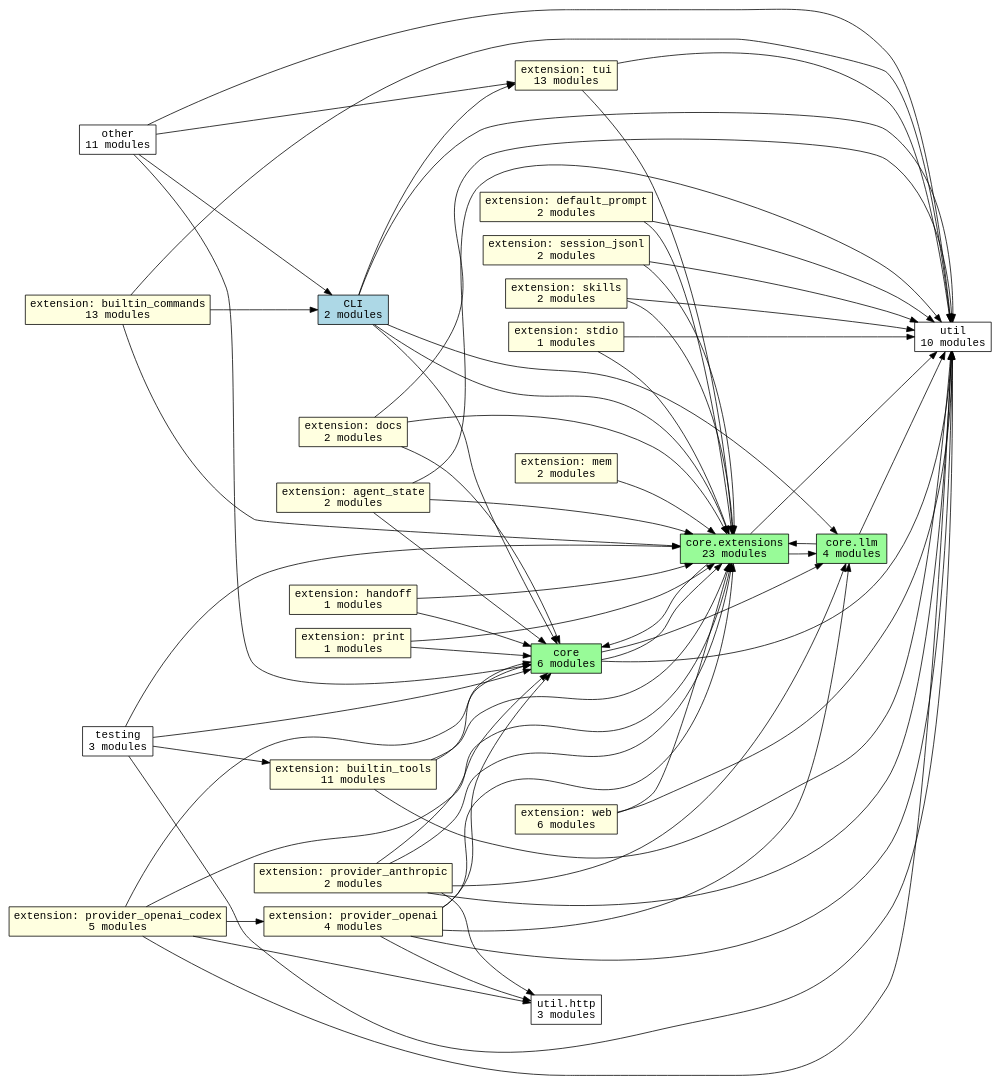
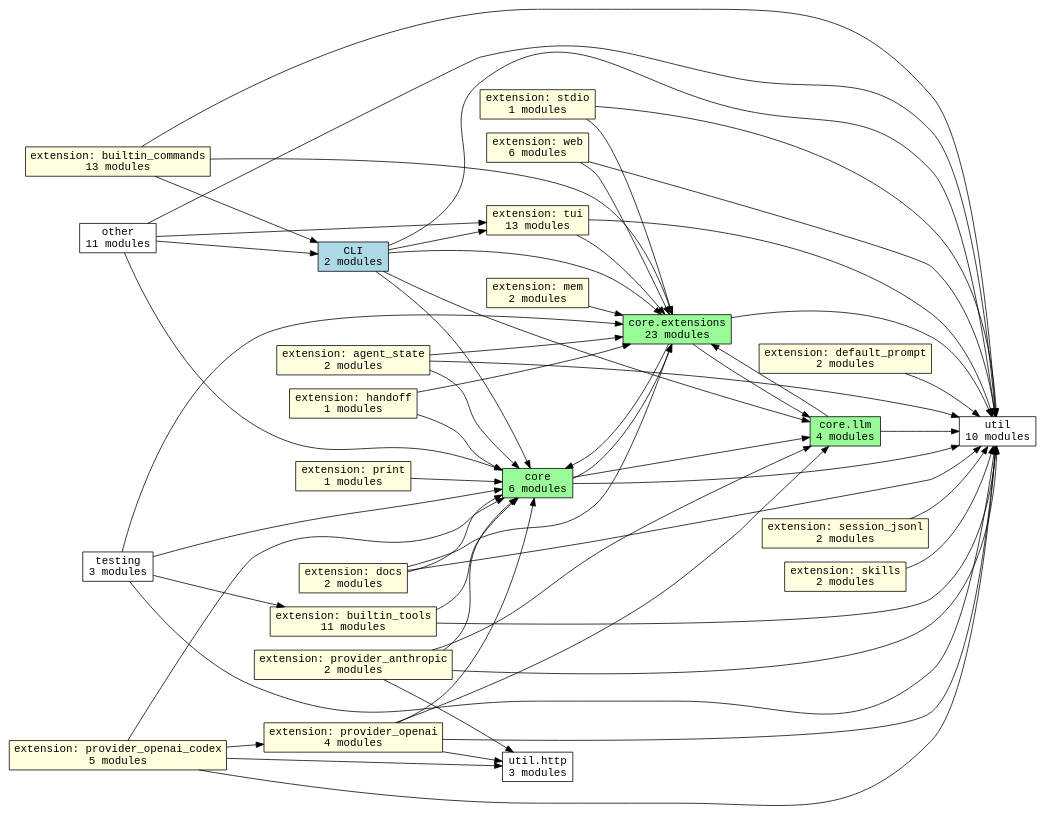
The diagram in docs/generated/graphs/subsystems.dot (acmiyaguchi/fen), drawn with Graphviz before and after one commit. The commit also changed 44 other files, not shown here.

```diff
--- a/docs/generated/graphs/subsystems.dot
+++ b/docs/generated/graphs/subsystems.dot
@@ -1,94 +1,86 @@
 digraph fen_subsystems {
   graph [rankdir=LR];
   node [shape=box, fontname="monospace"];
   edge [fontname="monospace"];
   "cli" [fillcolor="lightblue", label="CLI\n2 modules", style="filled"];
   "core" [fillcolor="palegreen", label="core\n6 modules", style="filled"];
   "core.extensions" [fillcolor="palegreen", label="core.extensions\n23 modules", style="filled"];
   "core.llm" [fillcolor="palegreen", label="core.llm\n4 modules", style="filled"];
   "extension.agent_state" [fillcolor="lightyellow", label="extension: agent_state\n2 modules", style="filled"];
   "extension.builtin_commands" [fillcolor="lightyellow", label="extension: builtin_commands\n13 modules", style="filled"];
   "extension.builtin_tools" [fillcolor="lightyellow", label="extension: builtin_tools\n11 modules", style="filled"];
   "extension.default_prompt" [fillcolor="lightyellow", label="extension: default_prompt\n2 modules", style="filled"];
   "extension.docs" [fillcolor="lightyellow", label="extension: docs\n2 modules", style="filled"];
   "extension.handoff" [fillcolor="lightyellow", label="extension: handoff\n1 modules", style="filled"];
   "extension.mem" [fillcolor="lightyellow", label="extension: mem\n2 modules", style="filled"];
   "extension.print" [fillcolor="lightyellow", label="extension: print\n1 modules", style="filled"];
   "extension.provider_anthropic" [fillcolor="lightyellow", label="extension: provider_anthropic\n2 modules", style="filled"];
   "extension.provider_openai" [fillcolor="lightyellow", label="extension: provider_openai\n4 modules", style="filled"];
   "extension.provider_openai_codex" [fillcolor="lightyellow", label="extension: provider_openai_codex\n5 modules", style="filled"];
   "extension.session_jsonl" [fillcolor="lightyellow", label="extension: session_jsonl\n2 modules", style="filled"];
   "extension.skills" [fillcolor="lightyellow", label="extension: skills\n2 modules", style="filled"];
   "extension.stdio" [fillcolor="lightyellow", label="extension: stdio\n1 modules", style="filled"];
   "extension.tui" [fillcolor="lightyellow", label="extension: tui\n13 modules", style="filled"];
   "extension.web" [fillcolor="lightyellow", label="extension: web\n6 modules", style="filled"];
   "other" [fillcolor="white", label="other\n11 modules", style="filled"];
   "testing" [fillcolor="white", label="testing\n3 modules", style="filled"];
   "util" [fillcolor="white", label="util\n10 modules", style="filled"];
   "util.http" [fillcolor="white", label="util.http\n3 modules", style="filled"];
   "cli" -> "core";
   "cli" -> "core.extensions";
   "cli" -> "core.llm";
   "cli" -> "extension.tui";
   "cli" -> "util";
   "core" -> "core.extensions";
   "core" -> "core.llm";
   "core" -> "util";
   "core.extensions" -> "core";
   "core.extensions" -> "core.llm";
   "core.extensions" -> "util";
   "core.llm" -> "core.extensions";
   "core.llm" -> "util";
   "extension.agent_state" -> "core";
   "extension.agent_state" -> "core.extensions";
   "extension.agent_state" -> "util";
   "extension.builtin_commands" -> "cli";
   "extension.builtin_commands" -> "core.extensions";
   "extension.builtin_commands" -> "util";
   "extension.builtin_tools" -> "core";
-  "extension.builtin_tools" -> "core.extensions";
   "extension.builtin_tools" -> "util";
-  "extension.default_prompt" -> "core.extensions";
   "extension.default_prompt" -> "util";
   "extension.docs" -> "core";
   "extension.docs" -> "core.extensions";
   "extension.docs" -> "util";
   "extension.handoff" -> "core";
   "extension.handoff" -> "core.extensions";
   "extension.mem" -> "core.extensions";
   "extension.print" -> "core";
-  "extension.print" -> "core.extensions";
   "extension.provider_anthropic" -> "core";
-  "extension.provider_anthropic" -> "core.extensions";
   "extension.provider_anthropic" -> "core.llm";
   "extension.provider_anthropic" -> "util";
   "extension.provider_anthropic" -> "util.http";
   "extension.provider_openai" -> "core";
-  "extension.provider_openai" -> "core.extensions";
   "extension.provider_openai" -> "core.llm";
   "extension.provider_openai" -> "util";
   "extension.provider_openai" -> "util.http";
   "extension.provider_openai_codex" -> "core";
-  "extension.provider_openai_codex" -> "core.extensions";
   "extension.provider_openai_codex" -> "extension.provider_openai";
   "extension.provider_openai_codex" -> "util";
   "extension.provider_openai_codex" -> "util.http";
-  "extension.session_jsonl" -> "core.extensions";
   "extension.session_jsonl" -> "util";
-  "extension.skills" -> "core.extensions";
   "extension.skills" -> "util";
   "extension.stdio" -> "core.extensions";
   "extension.stdio" -> "util";
   "extension.tui" -> "core.extensions";
   "extension.tui" -> "util";
   "extension.web" -> "core.extensions";
   "extension.web" -> "util";
   "other" -> "cli";
   "other" -> "core";
   "other" -> "extension.tui";
   "other" -> "util";
   "testing" -> "core";
   "testing" -> "core.extensions";
   "testing" -> "extension.builtin_tools";
   "testing" -> "util";
 }
```
